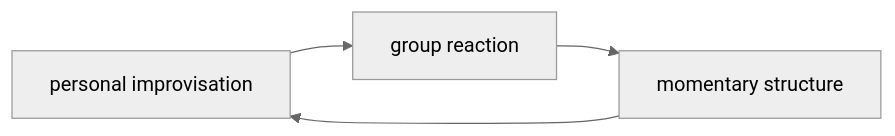
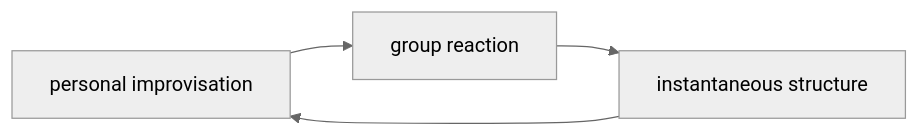
The first of 2 diagrams in en/_posts/2026-01-11-column-avant-garde-jazz.md (monumental-movement/monumental-movement.github.io), drawn with Mermaid (neutral theme) before and after one commit. The commit also changed other lines of this file and 443 other files, not shown here.

```diff
--- a/en/_posts/2026-01-11-column-avant-garde-jazz.md
+++ b/en/_posts/2026-01-11-column-avant-garde-jazz.md
@@ -158,6 +158,6 @@
 <div class="mermaid">
 flowchart LR
 A[personal improvisation] --> B[group reaction]
-B --> C[momentary structure]
+B --> C[instantaneous structure]
 C --> A
 </div>
```
